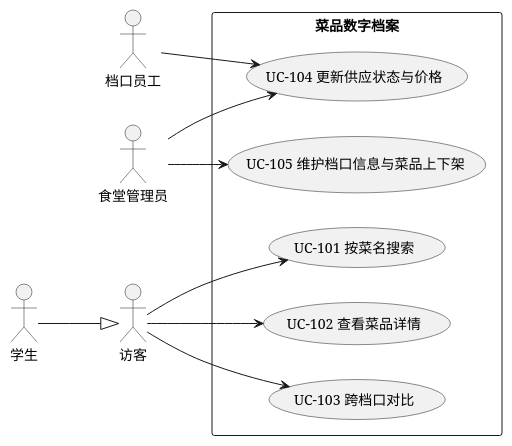
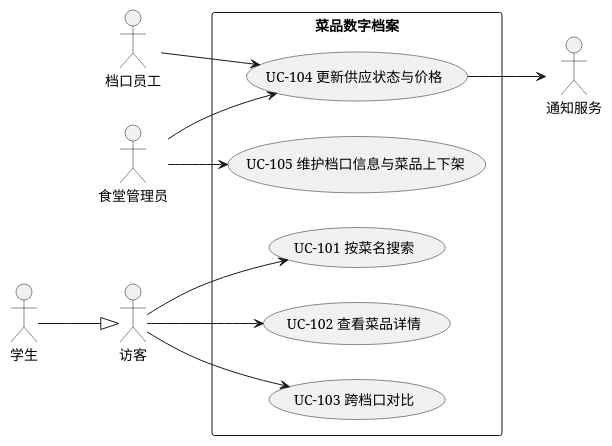
One commit to tju-se-design/foodview changed the diagram in docs/assets/srs/uc-100.puml. Above: the diagram before and after it, drawn with PlantUML. The commit also changed 6 other files, not shown here.

```diff
--- a/docs/assets/srs/uc-100.puml
+++ b/docs/assets/srs/uc-100.puml
@@ -1,26 +1,29 @@
 @startuml UC-100
 skinparam defaultFontName "Noto Sans CJK SC"
 left to right direction
 skinparam packageStyle rectangle
 
 actor 访客 as Visitor
 actor 学生 as Student
 Student --|> Visitor
 actor 档口员工 as Staff
 actor 食堂管理员 as CanteenAdmin
 
 rectangle "菜品数字档案" {
   usecase "UC-101 按菜名搜索" as UC101
   usecase "UC-102 查看菜品详情" as UC102
   usecase "UC-103 跨档口对比" as UC103
   usecase "UC-104 更新供应状态与价格" as UC104
   usecase "UC-105 维护档口信息与菜品上下架" as UC105
 }
 
 Visitor --> UC101
 Visitor --> UC102
 Visitor --> UC103
 Staff --> UC104
 CanteenAdmin --> UC104
 CanteenAdmin --> UC105
+
+actor "通知服务" as Notify
+UC104 --> Notify
 @enduml
```
